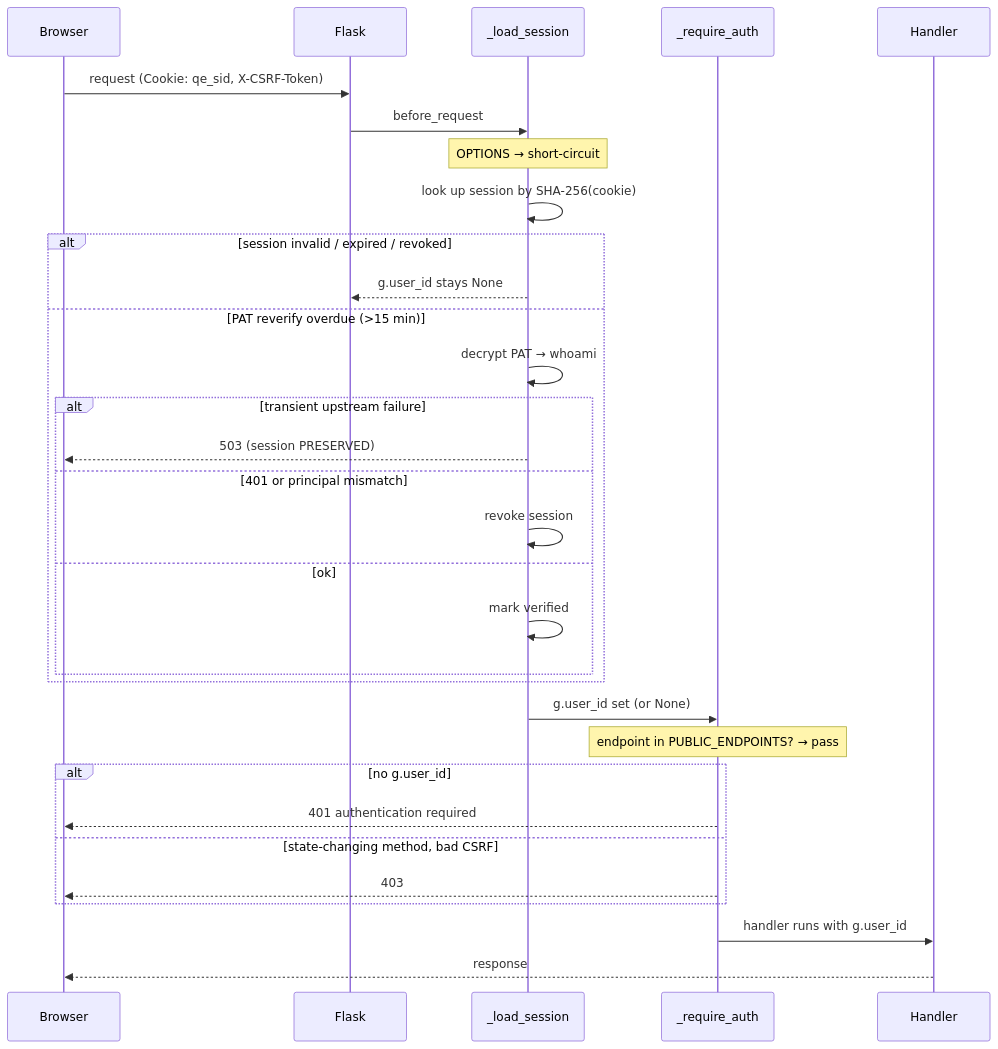
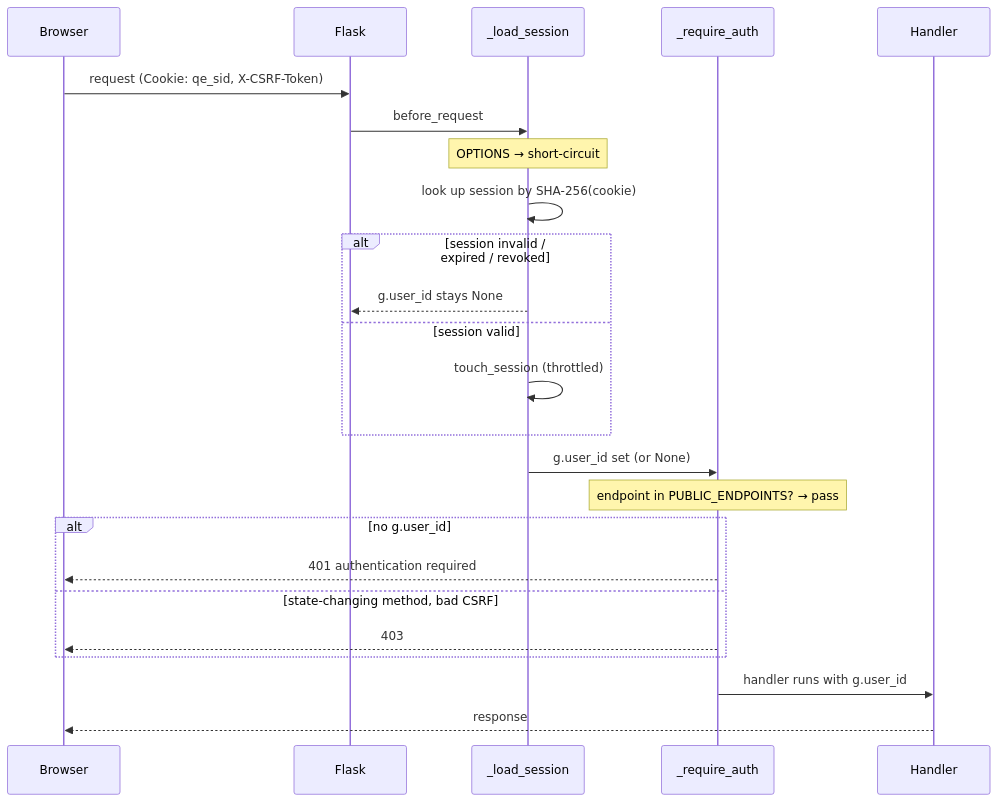
The second of 2 diagrams in docs/01-architecture.md (dhruvviveksharma/QiitaExplore), drawn with Mermaid before and after one commit. The commit also changed 18 other files, not shown here.

````diff
--- a/docs/01-architecture.md
+++ b/docs/01-architecture.md
@@ -123,34 +123,27 @@
 ```mermaid
 sequenceDiagram
     participant B as Browser
     participant F as Flask
     participant M1 as _load_session
     participant M2 as _require_auth
     participant H as Handler
 
     B->>F: request (Cookie: qe_sid, X-CSRF-Token)
     F->>M1: before_request #1
     Note over M1: OPTIONS → short-circuit
     M1->>M1: look up session by SHA-256(cookie)
     alt session invalid / expired / revoked
         M1-->>F: g.user_id stays None
-    else PAT reverify overdue (>15 min)
-        M1->>M1: decrypt PAT → whoami
-        alt transient upstream failure
-            M1-->>B: 503 (session PRESERVED)
-        else 401 or principal mismatch
-            M1->>M1: revoke session
-        else ok
-            M1->>M1: mark verified
-        end
+    else session valid
+        M1->>M1: touch_session (throttled)
     end
     M1->>M2: g.user_id set (or None)
     Note over M2: endpoint in PUBLIC_ENDPOINTS? → pass
     alt no g.user_id
         M2-->>B: 401 authentication required
     else state-changing method, bad CSRF
         M2-->>B: 403
     end
     M2->>H: handler runs with g.user_id
     H-->>B: response
 ```
````
